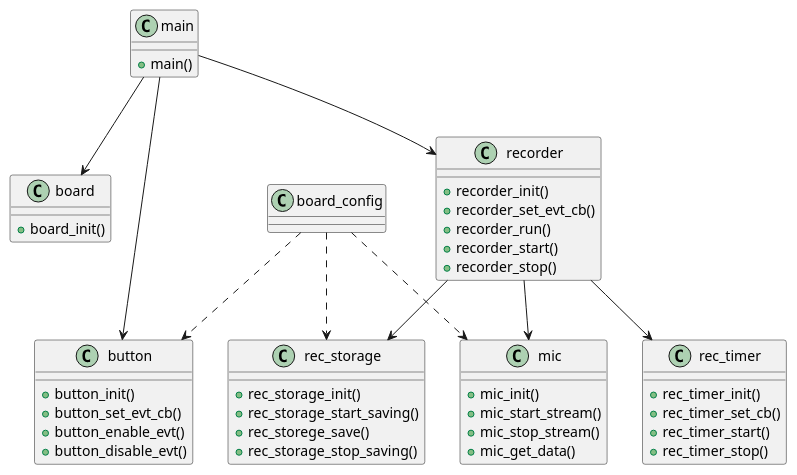
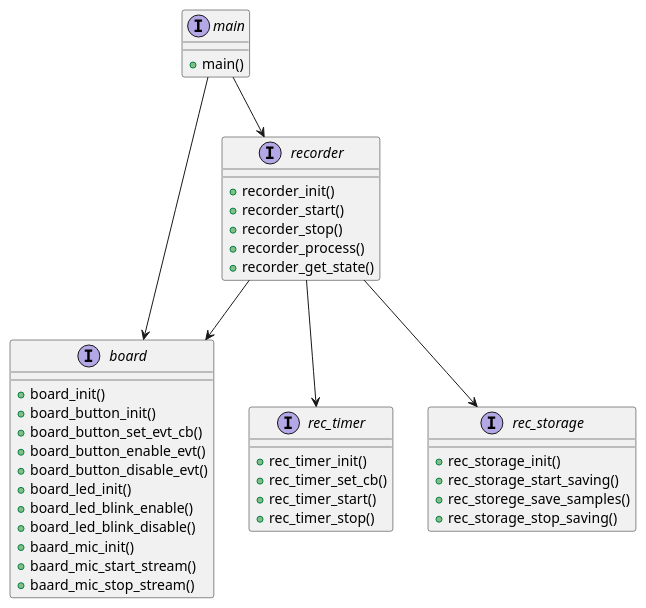
The diagram in docs/sound_recorder_fw.wsd (AlmazShai/sound_recorder_fw), drawn with PlantUML before and after one commit. The commit also changed 3 other files, not shown here.

```diff
--- a/docs/sound_recorder_fw.wsd
+++ b/docs/sound_recorder_fw.wsd
@@ -1,62 +1,50 @@
-@startuml
+@startuml fw_architecture
 
-class main {
+interface main {
     + main()
 }
 
-class board {
+interface board {
     + board_init()
+    + board_button_init()
+    + board_button_set_evt_cb()
+    + board_button_enable_evt()
+    + board_button_disable_evt()
+    + board_led_init()
+    + board_led_blink_enable()
+    + board_led_blink_disable()
+    + baard_mic_init()
+    + baard_mic_start_stream()
+    + baard_mic_stop_stream()
 }
 
-class board_config {
+interface recorder {
+    + recorder_init()
+    + recorder_start()
+    + recorder_stop()
+    + recorder_process()
+    + recorder_get_state()
 }
 
-class button {
-    + button_init()
-    + button_set_evt_cb()
-    + button_enable_evt()
-    + button_disable_evt()
-}
-
-class recorder {
-    + recorder_init()
-    + recorder_set_evt_cb()
-    + recorder_run()
-    + recorder_start()
-    + recorder_stop()
-}
-
-class rec_timer {
+interface rec_timer {
     + rec_timer_init()
     + rec_timer_set_cb()
     + rec_timer_start()
     + rec_timer_stop()
 }
 
-class rec_storage {
+interface rec_storage {
     + rec_storage_init()
     + rec_storage_start_saving()
-    + rec_storege_save()
+    + rec_storege_save_samples()
     + rec_storage_stop_saving()
-}
-
-class mic {
-    + mic_init()
-    + mic_start_stream()
-    + mic_stop_stream()
-    + mic_get_data()
 }
 
 main --> recorder
 main --> board
-main --> button
 
 recorder --> rec_timer
-recorder --> mic
+recorder --> board
 recorder --> rec_storage
 
-board_config ..> mic
-board_config ..> rec_storage
-board_config ..> button
-
 @enduml
```
